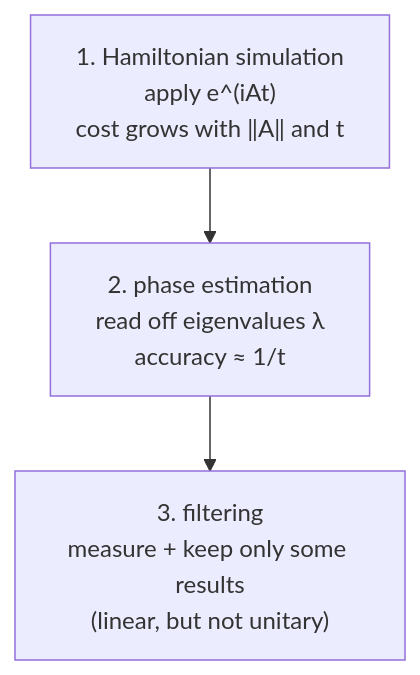
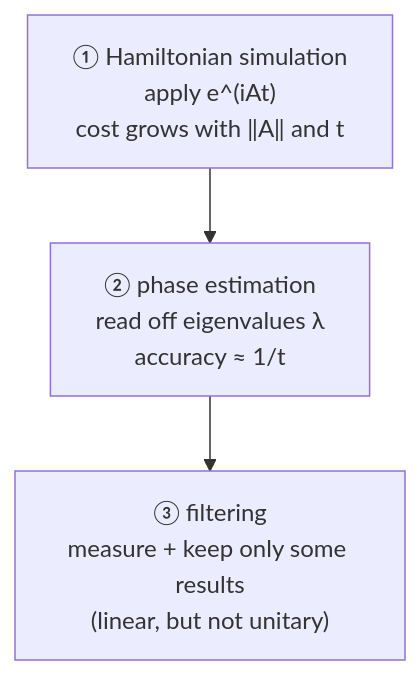
One commit to ArhamAkhtarAlam/mitxpro-my-notes changed the second of 3 diagrams in Course 3/Week 3/Linear systems/HHL algorithm.md. Above: the diagram before and after it, drawn with Mermaid. The commit also changed other lines of this file and 38 other files, not shown here.

````diff
--- a/Course 3/Week 3/Linear systems/HHL algorithm.md
+++ b/Course 3/Week 3/Linear systems/HHL algorithm.md
@@ -32,5 +32,5 @@
 ```mermaid
 flowchart TD
-    HS["1. Hamiltonian simulation<br/>apply e^(iAt)<br/>cost grows with ‖A‖ and t"] --> PE["2. phase estimation<br/>read off eigenvalues λ<br/>accuracy ≈ 1/t"]
-    PE --> F["3. filtering<br/>measure + keep only some results<br/>(linear, but not unitary)"]
+    HS["① Hamiltonian simulation<br/>apply e^(iAt)<br/>cost grows with ‖A‖ and t"] --> PE["② phase estimation<br/>read off eigenvalues λ<br/>accuracy ≈ 1/t"]
+    PE --> F["③ filtering<br/>measure + keep only some results<br/>(linear, but not unitary)"]
 ```
````
